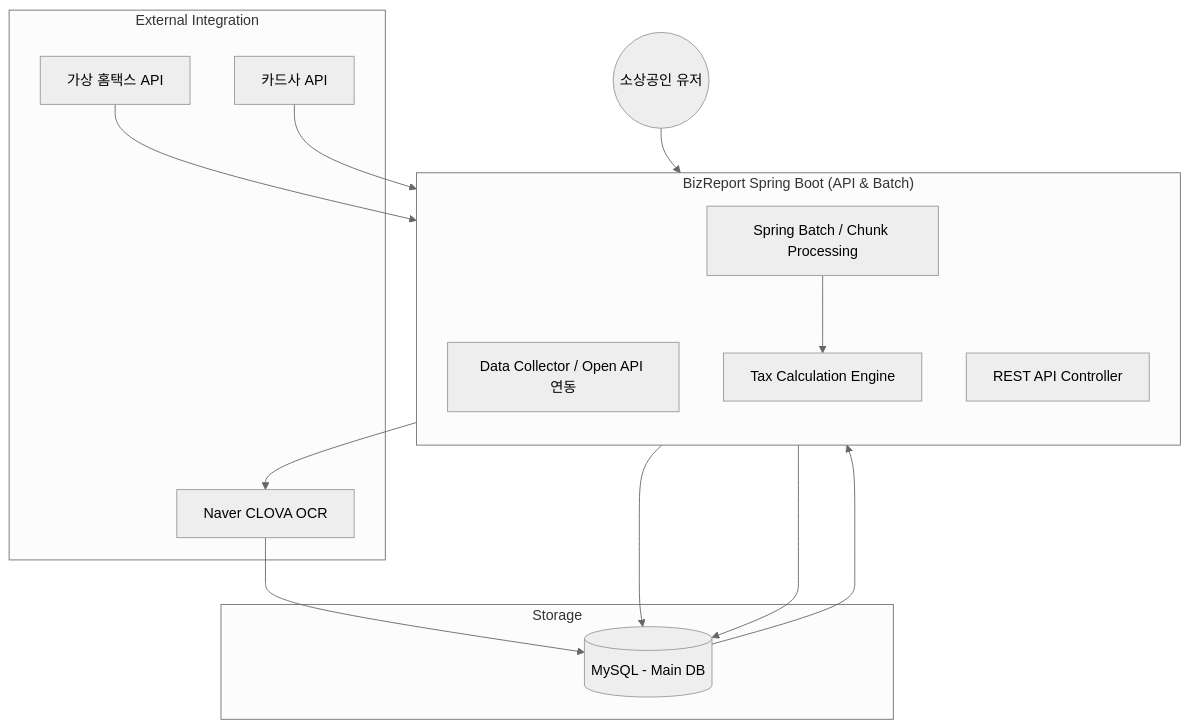
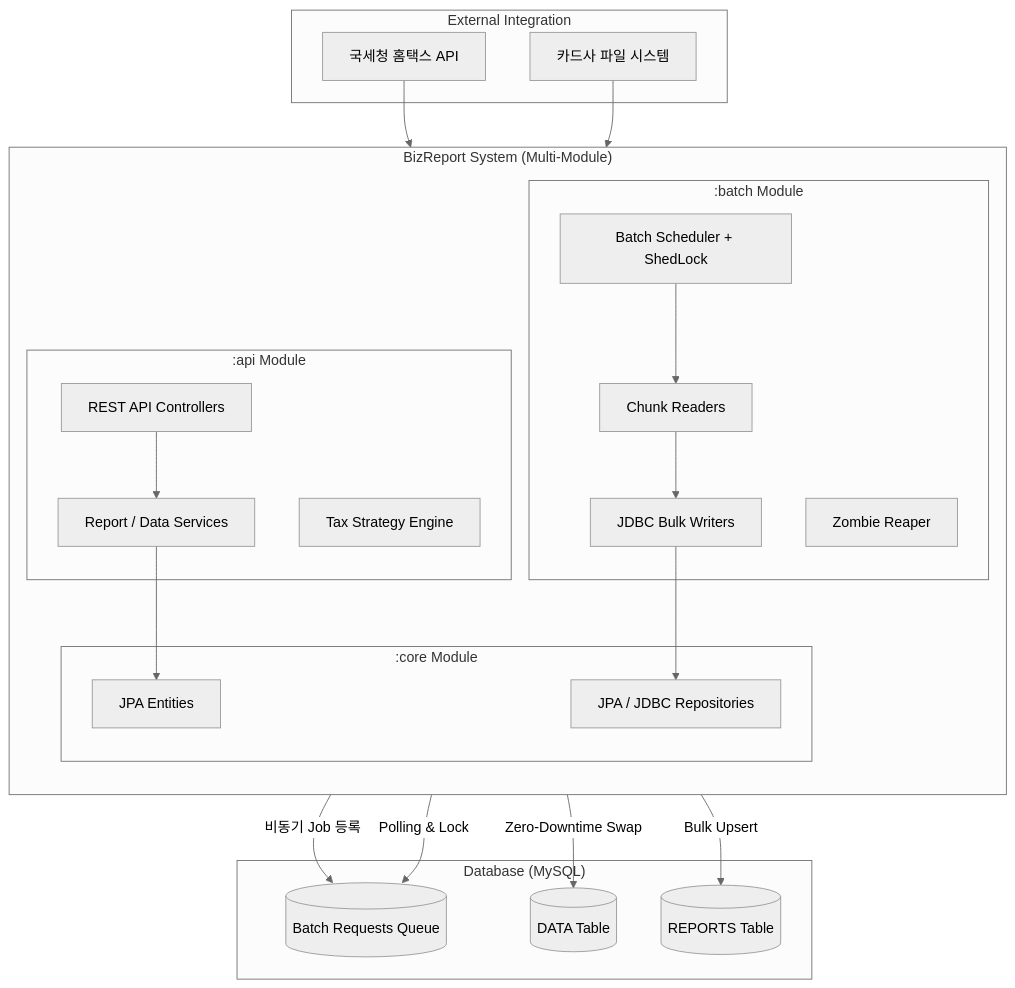
One commit to solkim7612/BizReport changed the diagram in README.md. Above: the diagram before and after it, drawn with Mermaid (neutral theme). The commit also changed other lines of this file, not shown here.

````diff
--- a/README.md
+++ b/README.md
@@ -33,30 +39,48 @@
 ```mermaid
 graph TD
     subgraph "External Integration"
-        H[가상 홈택스 API]
-        C[카드사 API]
-        OCR[Naver CLOVA OCR]
+        NTS[국세청 홈택스 API]
+        CARD[카드사 파일 시스템]
     end
 
-    subgraph "BizReport Spring Boot (API & Batch)"
+    subgraph "BizReport System (Multi-Module)"
         direction TB
-        Collector[Data Collector / Open API 연동]
-        Processor[Spring Batch / Chunk Processing]
-        TaxEngine[Tax Calculation Engine]
-        API[REST API Controller]
+        
+        subgraph ":api Module"
+            Controller[REST API Controllers]
+            ApiService[Report / Data Services]
+            TaxEngine[Tax Strategy Engine]
+        end
+        
+        subgraph ":batch Module"
+            Scheduler[Batch Scheduler + ShedLock]
+            Reaper[Zombie Reaper]
+            ItemReader[Chunk Readers]
+            ItemWriter[JDBC Bulk Writers]
+        end
+        
+        subgraph ":core Module"
+            Entities[JPA Entities]
+            Repos[JPA / JDBC Repositories]
+        end
+        
+        Controller --> ApiService
+        ApiService --> Entities
+        Scheduler --> ItemReader
+        ItemReader --> ItemWriter
+        ItemWriter --> Repos
     end
 
-    subgraph "Storage"
-        M[(MySQL - Main DB)]
+    subgraph "Database (MySQL)"
+        Queue[(Batch Requests Queue)]
+        DATA[(DATA Table)]
+        REPORT[(REPORTS Table)]
     end
 
-    H & C --> Collector
-    Collector --> M
-    M --> Processor
-    Processor --> TaxEngine
-    TaxEngine --> M
-    
-    U((소상공인 유저)) --> API
-    API --> OCR
-    OCR --> M
+    Controller -- "비동기 Job 등록" --> Queue
+    Scheduler -- "Polling & Lock" --> Queue
+    NTS --> Scheduler
+    CARD --> Controller
+    ItemWriter -- "Bulk Upsert" --> REPORT
+    ItemWriter -- "Zero-Downtime Swap" --> DATA
 ```
````
